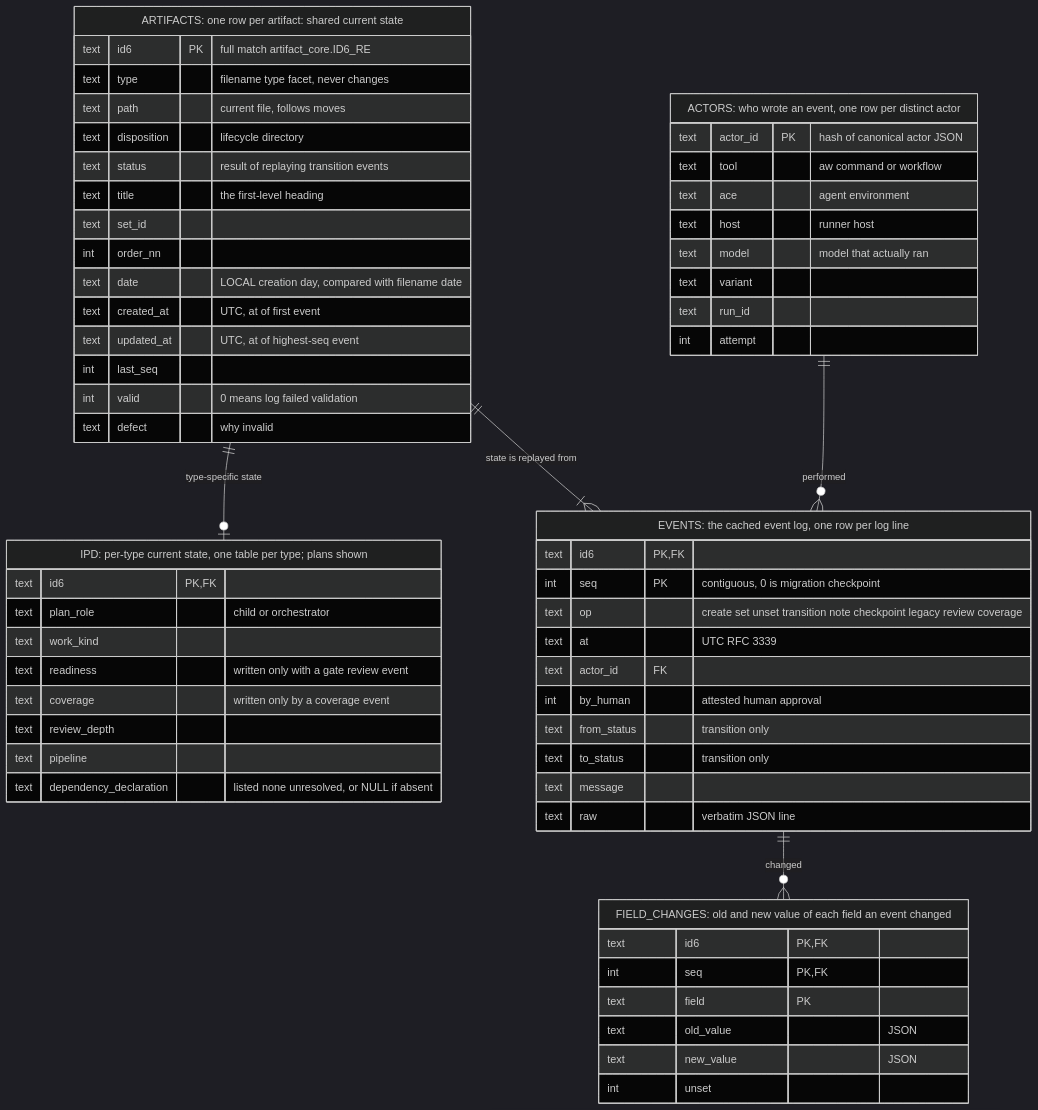
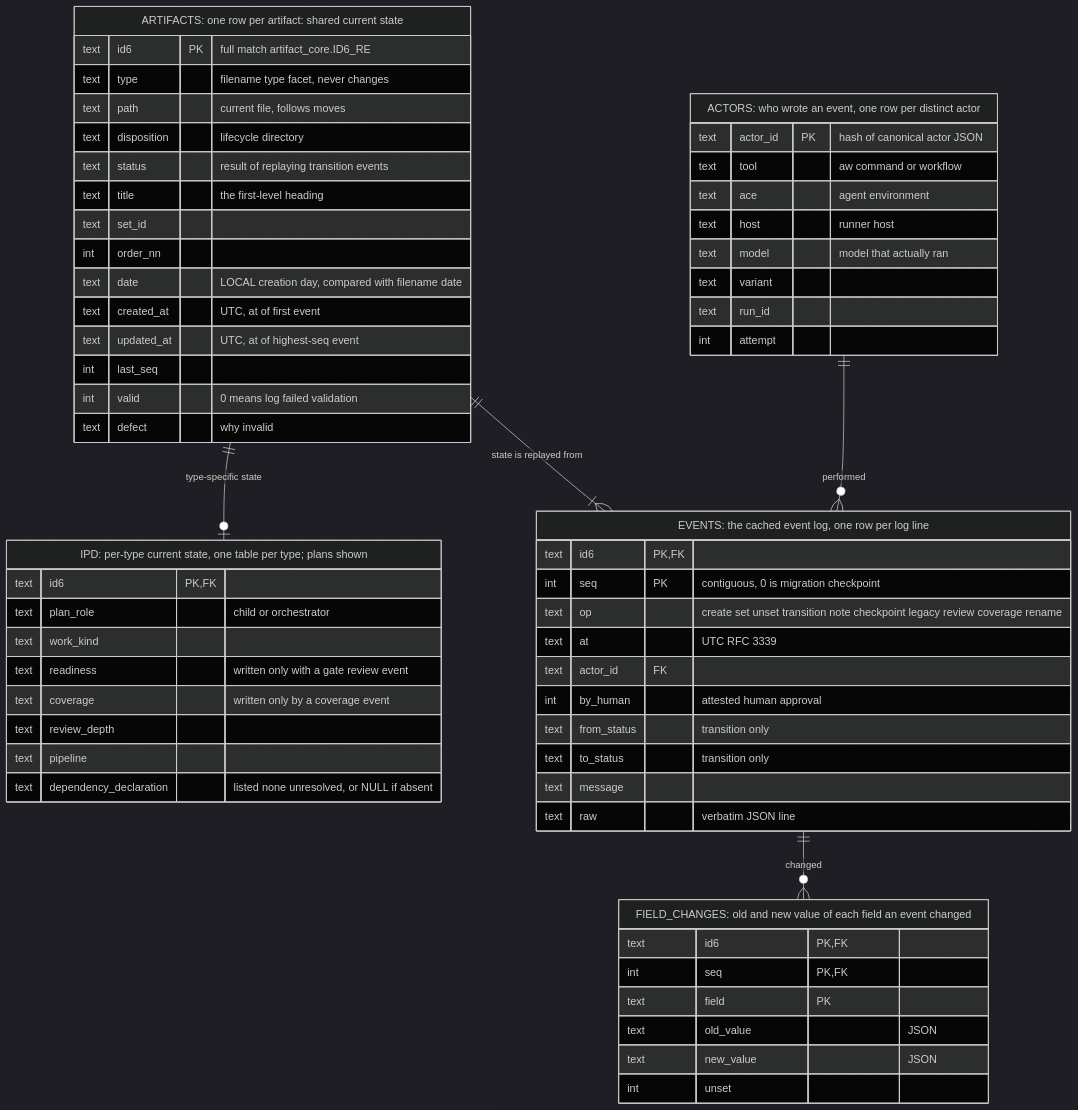
The first of 10 diagrams in .aw/records/specs/reviewed/20260925-metastore-01-4sd62s-artifact-metadata-store.spec.md (fariello/agent-workflows), drawn with Mermaid (dark theme) before and after one commit. The commit also changed other lines of this file and 1 other file, not shown here.

First line of the commit message:
spec-review: harden 4sd62s round 9 (revisions applied)

````diff
--- a/.aw/records/specs/reviewed/20260925-metastore-01-4sd62s-artifact-metadata-store.spec.md
+++ b/.aw/records/specs/reviewed/20260925-metastore-01-4sd62s-artifact-metadata-store.spec.md
@@ -1044,63 +1064,63 @@
 ```mermaid
 erDiagram
     ARTIFACTS["ARTIFACTS: one row per artifact: shared current state"] {
         text id6 PK "full match artifact_core.ID6_RE"
         text type "filename type facet, never changes"
         text path "current file, follows moves"
         text disposition "lifecycle directory"
         text status "result of replaying transition events"
         text title "the first-level heading"
         text set_id
         int order_nn
         text date "LOCAL creation day, compared with filename date"
         text created_at "UTC, at of first event"
         text updated_at "UTC, at of highest-seq event"
         int last_seq
         int valid "0 means log failed validation"
         text defect "why invalid"
     }
     IPD["IPD: per-type current state, one table per type; plans shown"] {
         text id6 PK, FK
         text plan_role "child or orchestrator"
         text work_kind
         text readiness "written only with a gate review event"
         text coverage "written only by a coverage event"
         text review_depth
         text pipeline
         text dependency_declaration "listed none unresolved, or NULL if absent"
     }
     EVENTS["EVENTS: the cached event log, one row per log line"] {
         text id6 PK, FK
         int seq PK "contiguous, 0 is migration checkpoint"
-        text op "create set unset transition note checkpoint legacy review coverage"
+        text op "create set unset transition note checkpoint legacy review coverage rename"
         text at "UTC RFC 3339"
         text actor_id FK
         int by_human "attested human approval"
         text from_status "transition only"
         text to_status "transition only"
         text message
         text raw "verbatim JSON line"
     }
     FIELD_CHANGES["FIELD_CHANGES: old and new value of each field an event changed"] {
         text id6 PK, FK
         int seq PK, FK
         text field PK
         text old_value "JSON"
         text new_value "JSON"
         int unset
     }
     ACTORS["ACTORS: who wrote an event, one row per distinct actor"] {
         text actor_id PK "hash of canonical actor JSON"
         text tool "aw command or workflow"
         text ace "agent environment"
         text host "runner host"
         text model "model that actually ran"
         text variant
         text run_id
         int attempt
     }
     ARTIFACTS ||--o| IPD : "type-specific state"
     ARTIFACTS ||--|{ EVENTS : "state is replayed from"
     EVENTS ||--o{ FIELD_CHANGES : "changed"
     ACTORS ||--o{ EVENTS : "performed"
 ```
````
